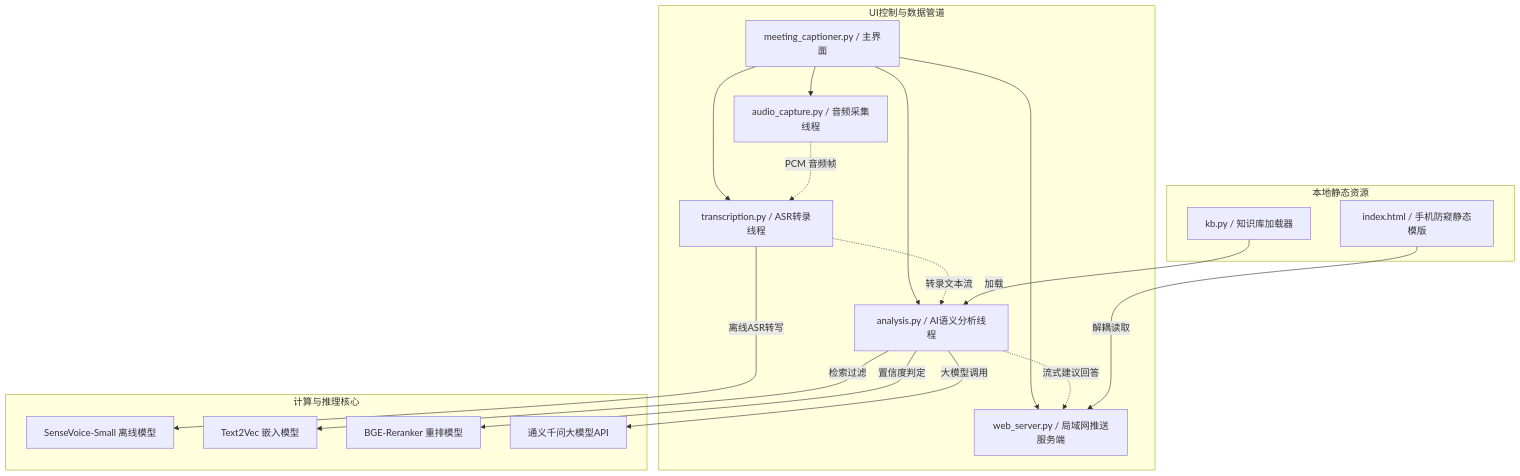
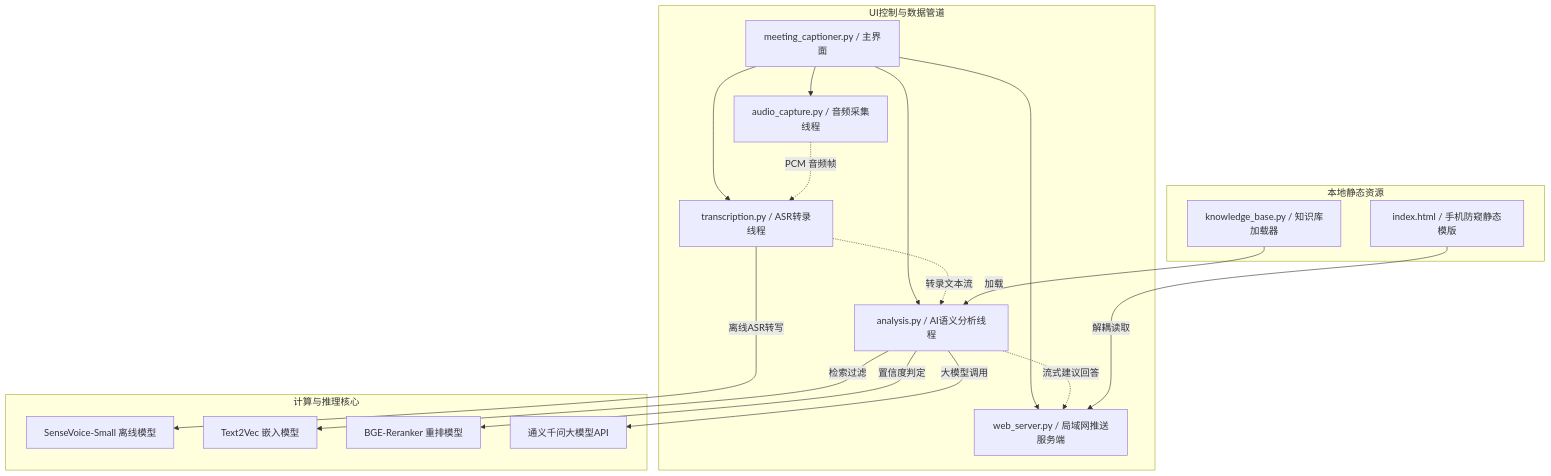
One commit to hufubufen/meeting-captioner changed the diagram in README.md. Above: the diagram before and after it, drawn with Mermaid. The commit also changed other lines of this file and 8 other files, not shown here.

````diff
--- a/README.md
+++ b/README.md
@@ -29,37 +29,37 @@
 ```mermaid
 graph TD
     subgraph UI控制与数据管道
         MC[meeting_captioner.py / 主界面]
         AC[audio_capture.py / 音频采集线程]
         TS[transcription.py / ASR转录线程]
         AN[analysis.py / AI语义分析线程]
         WS[web_server.py / 局域网推送服务端]
     end
 
     subgraph 本地静态资源
-        KB[kb.py / 知识库加载器]
+        KB[knowledge_base.py / 知识库加载器]
         IH[index.html / 手机防窥静态模版]
     end
 
     subgraph 计算与推理核心
         SV[SenseVoice-Small 离线模型]
         T2V[Text2Vec 嵌入模型]
         BGE[BGE-Reranker 重排模型]
         API[通义千问大模型API]
     end
 
     MC --> AC
     MC --> TS
     MC --> AN
     MC --> WS
     
     AC -.->|PCM 音频帧| TS
     TS -.->|转录文本流| AN
     AN -.->|流式建议回答| WS
     AN -->|检索过滤| T2V
     AN -->|置信度判定| BGE
     AN -->|大模型调用| API
     TS -->|离线ASR转写| SV
     KB -->|加载| AN
     IH -->|解耦读取| WS
 ```
````
